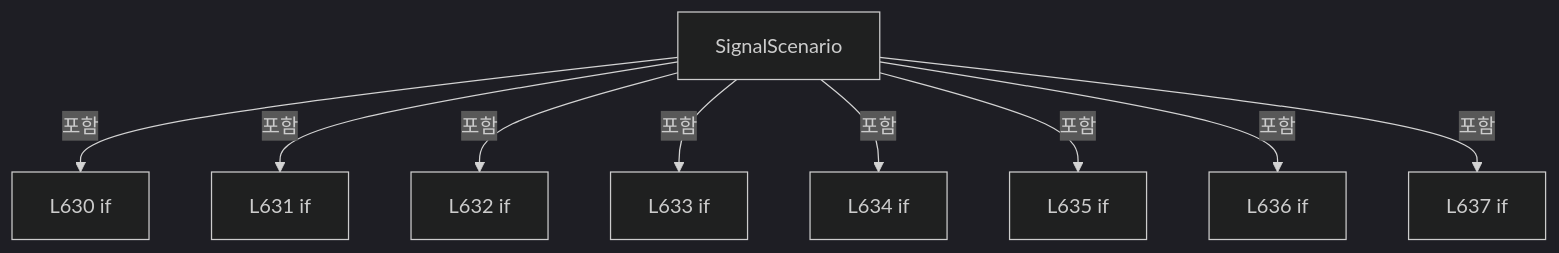
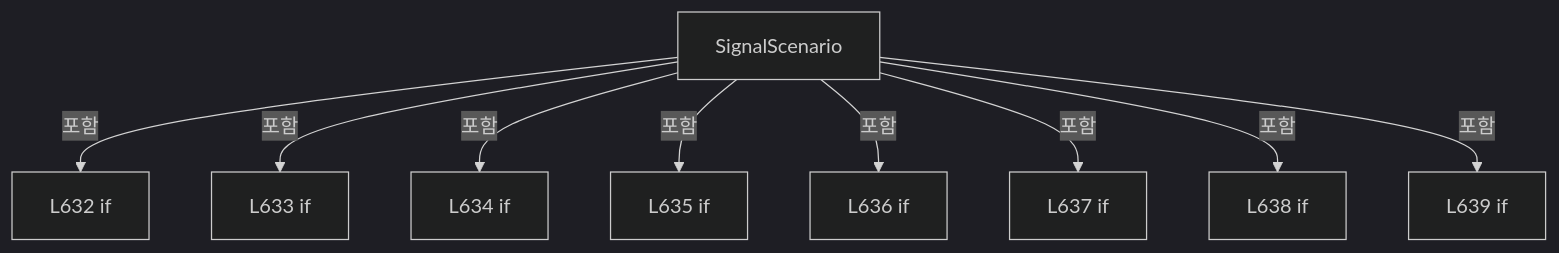
Diagram 20 of 21 in A3 LD Code Ref/files/Drilling.Common/Alarm/CAlarmManager.cs.md (kjuws10-rgb/Shared), drawn with Mermaid (dark theme) before and after one commit. The commit also changed other lines of this file and 2071 other files, not shown here.

Commit message:
docs(a3): update 11.19.0 architecture and code reference

````diff
--- a/A3 LD Code Ref/files/Drilling.Common/Alarm/CAlarmManager.cs.md
+++ b/A3 LD Code Ref/files/Drilling.Common/Alarm/CAlarmManager.cs.md
@@ -3193,20 +3193,20 @@
 ```mermaid
 flowchart TD
  M["SignalScenario"]
- N0["L630 if"]
+ N0["L632 if"]
  M -->|포함| N0
- N1["L631 if"]
+ N1["L633 if"]
  M -->|포함| N1
- N2["L632 if"]
+ N2["L634 if"]
  M -->|포함| N2
- N3["L633 if"]
+ N3["L635 if"]
  M -->|포함| N3
- N4["L634 if"]
+ N4["L636 if"]
  M -->|포함| N4
- N5["L635 if"]
+ N5["L637 if"]
  M -->|포함| N5
- N6["L636 if"]
+ N6["L638 if"]
  M -->|포함| N6
- N7["L637 if"]
+ N7["L639 if"]
  M -->|포함| N7
 ```
````
